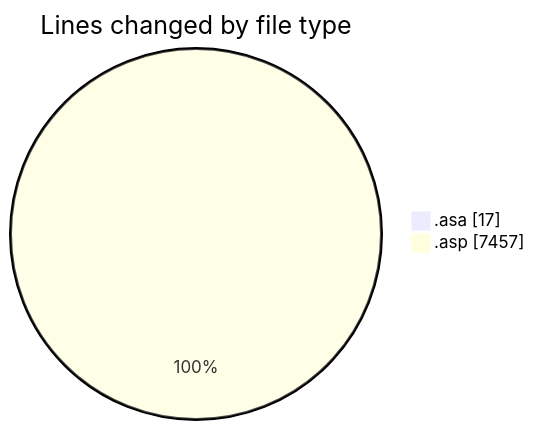
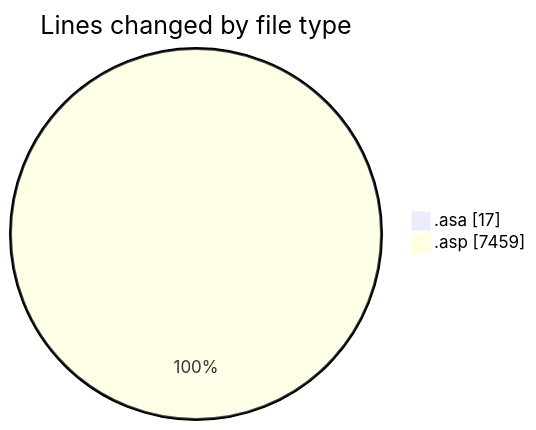
Before and after one commit to julien-gomy/code-tracking: the first of 2 diagrams in 2025-11-06/usr_aleoudev_fr__workspace_/README.md, drawn with Mermaid. The commit also changed other lines of this file and 1 other file, not shown here.

````diff
--- a/2025-11-06/usr_aleoudev_fr__workspace_/README.md
+++ b/2025-11-06/usr_aleoudev_fr__workspace_/README.md
@@ -24,6 +24,6 @@
 ```mermaid
 pie showData
 title Lines changed by file type
 ".asa" : 17
-".asp" : 7457
+".asp" : 7459
 ```
````
